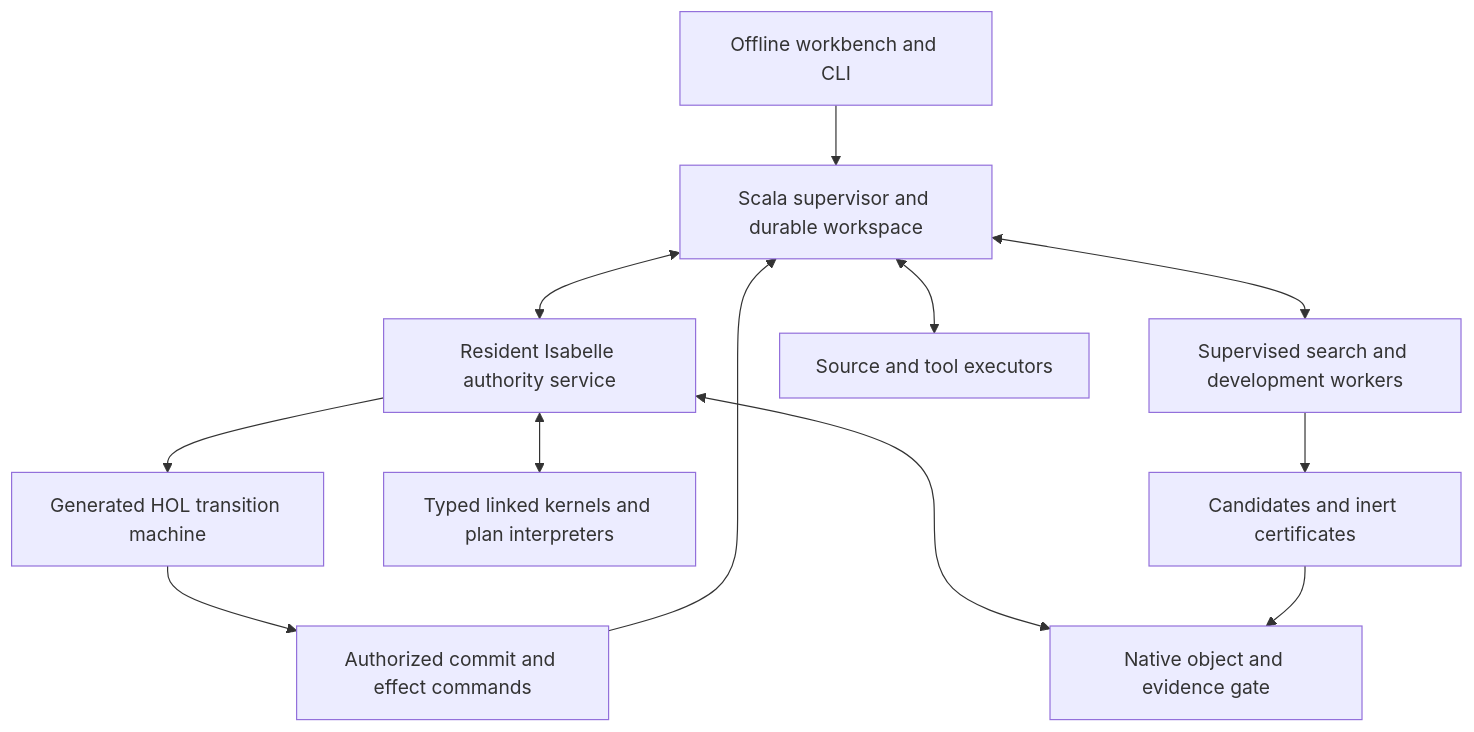
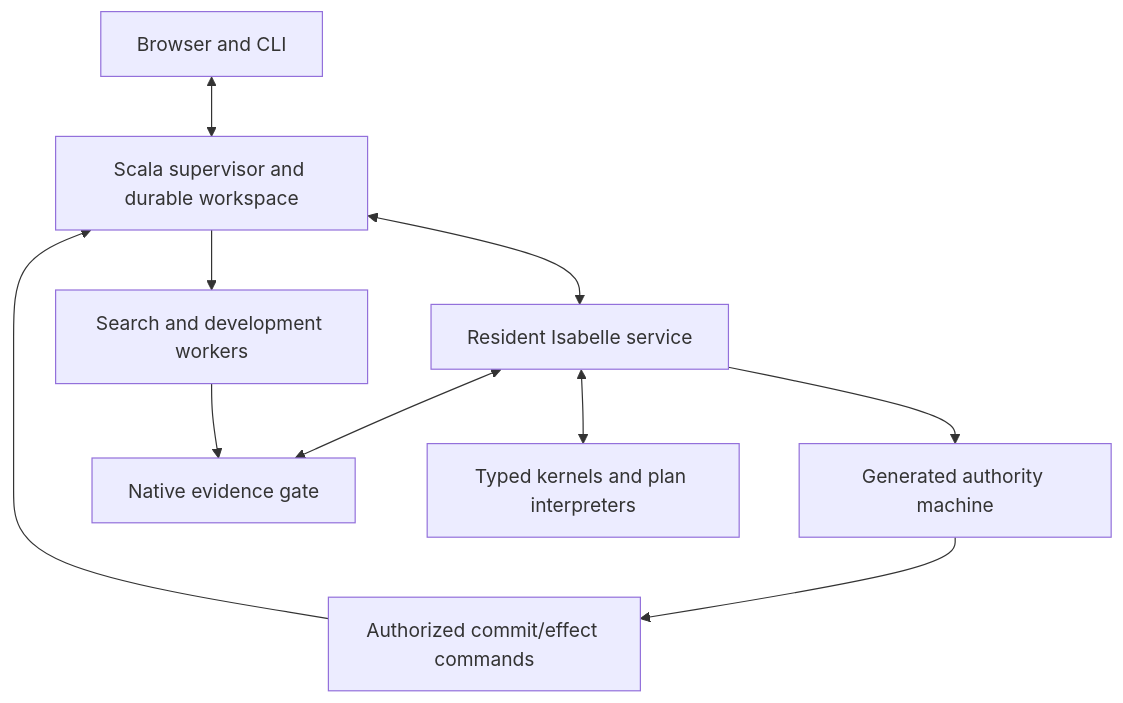
The diagram in docs/ARCHITECTURE_PROPOSAL.md (emberian/veri7vn), drawn with Mermaid before and after one commit. The commit also changed other lines of this file and 53 other files, not shown here.

````diff
--- a/docs/ARCHITECTURE_PROPOSAL.md
+++ b/docs/ARCHITECTURE_PROPOSAL.md
@@ -44,14 +20,12 @@
 ```mermaid
 flowchart TD
-  UI[Offline workbench and CLI] --> Host[Scala supervisor and durable workspace]
-  Host <--> Native[Resident Isabelle authority service]
-  Native --> Core[Generated HOL transition machine]
-  Native <--> Gate[Native object and evidence gate]
-  Native <--> Linked[Typed linked kernels and plan interpreters]
-  Host <--> Workers[Supervised search and development workers]
-  Workers --> Evidence[Candidates and inert certificates]
-  Evidence --> Gate
-  Core --> Commands[Authorized commit and effect commands]
+  Client[Browser and CLI] <--> Host[Scala supervisor and durable workspace]
+  Host <--> Native[Resident Isabelle service]
+  Native --> Core[Generated authority machine]
+  Native <--> Gate[Native evidence gate]
+  Native <--> Kernels[Typed kernels and plan interpreters]
+  Host --> Workers[Search and development workers]
+  Workers --> Gate
+  Core --> Commands[Authorized commit/effect commands]
   Commands --> Host
-  Host <--> Executors[Source and tool executors]
 ```
````
